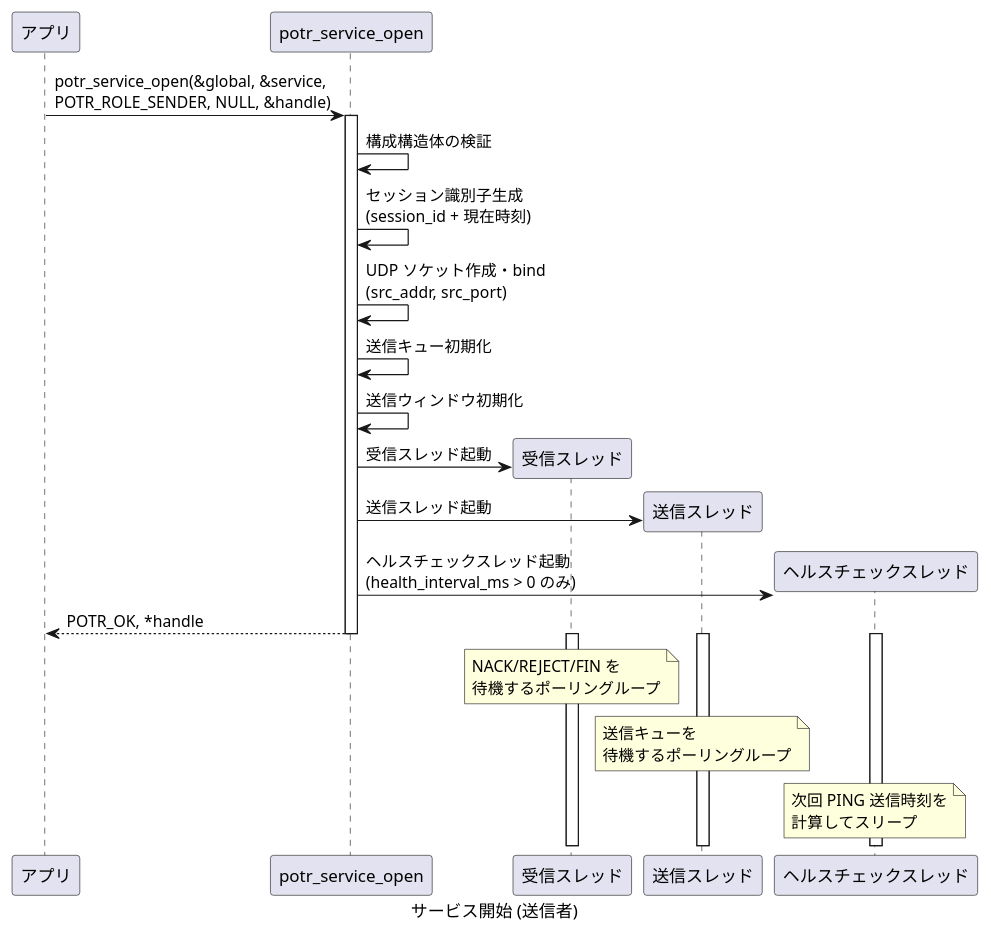
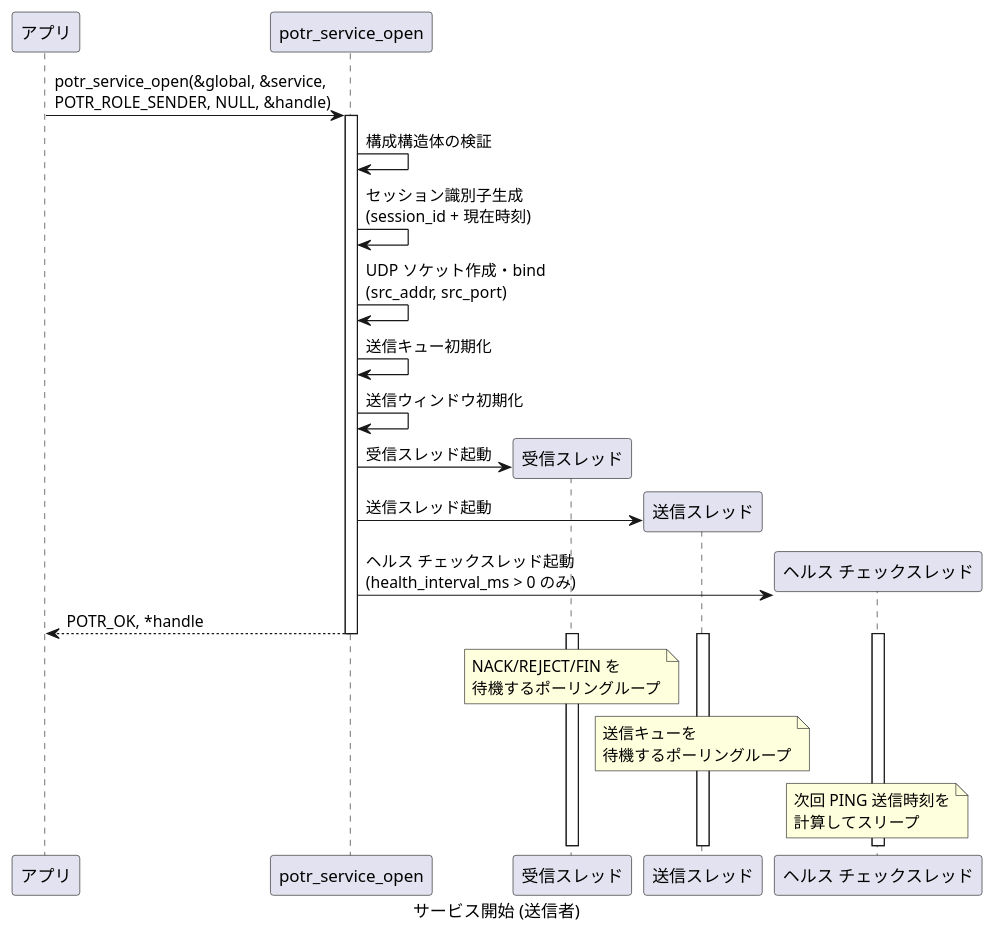
Before and after one commit to Hondarer/app_porter: the first of 6 diagrams in docs/sequence-lifecycle.md, drawn with PlantUML. The commit also changed other lines of this file and 73 other files, not shown here.

````diff
--- a/docs/sequence-lifecycle.md
+++ b/docs/sequence-lifecycle.md
@@ -9,36 +9,36 @@
 ```plantuml
 @startuml サービス開始 (送信者)
 caption サービス開始 (送信者)
 
 participant "アプリ" as APP
 participant "potr_service_open" as OPEN
 participant "受信スレッド" as RT
 participant "送信スレッド" as ST
-participant "ヘルスチェックスレッド" as HT
+participant "ヘルス チェックスレッド" as HT
 
 APP -> OPEN: potr_service_open(&global, &service,\nPOTR_ROLE_SENDER, NULL, &handle)
 
 activate OPEN
 OPEN -> OPEN: 構成構造体の検証
 OPEN -> OPEN: セッション識別子生成\n(session_id + 現在時刻)
 OPEN -> OPEN: UDP ソケット作成・bind\n(src_addr, src_port)
 OPEN -> OPEN: 送信キュー初期化
 OPEN -> OPEN: 送信ウィンドウ初期化
 
 OPEN -> RT**: 受信スレッド起動
 OPEN -> ST**: 送信スレッド起動
-OPEN -> HT**: ヘルスチェックスレッド起動\n(health_interval_ms > 0 のみ)
+OPEN -> HT**: ヘルス チェックスレッド起動\n(health_interval_ms > 0 のみ)
 
 OPEN --> APP: POTR_OK, *handle
 deactivate OPEN
 
 activate RT
 activate ST
 activate HT
 
 note over RT: NACK/REJECT/FIN を\n待機するポーリングループ
 note over ST: 送信キューを\n待機するポーリングループ
 note over HT: 次回 PING 送信時刻を\n計算してスリープ
 
 @enduml
 ```
````
